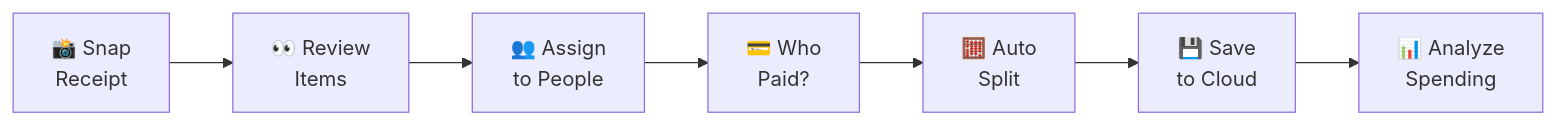
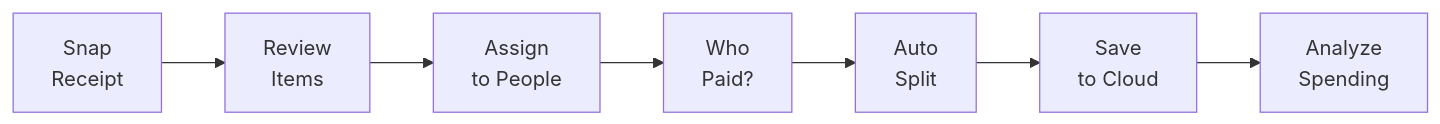
The first of 2 diagrams in README.md (lohorisinha/Splyttr), drawn with Mermaid before and after one commit. The commit also changed other lines of this file, not shown here.

````diff
--- a/README.md
+++ b/README.md
@@ -17,9 +17,9 @@
 ```mermaid
 flowchart LR
-    A[📸 Snap\nReceipt] --> B[👀 Review\nItems]
-    B --> C[👥 Assign\nto People]
-    C --> D[💳 Who\nPaid?]
-    D --> E[🧮 Auto\nSplit]
-    E --> F[💾 Save\nto Cloud]
-    F --> G[📊 Analyze\nSpending]
+    A[Snap\nReceipt] --> B[Review\nItems]
+    B --> C[Assign\nto People]
+    C --> D[Who\nPaid?]
+    D --> E[Auto\nSplit]
+    E --> F[Save\nto Cloud]
+    F --> G[Analyze\nSpending]
 ```
````
